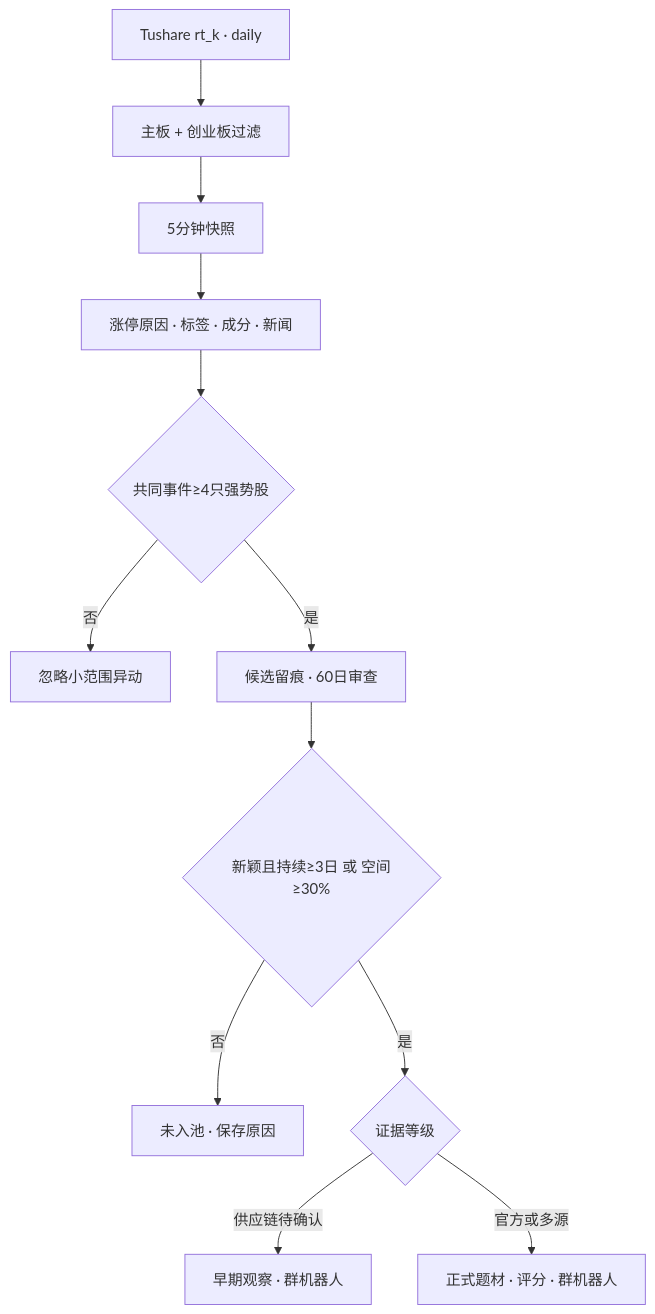
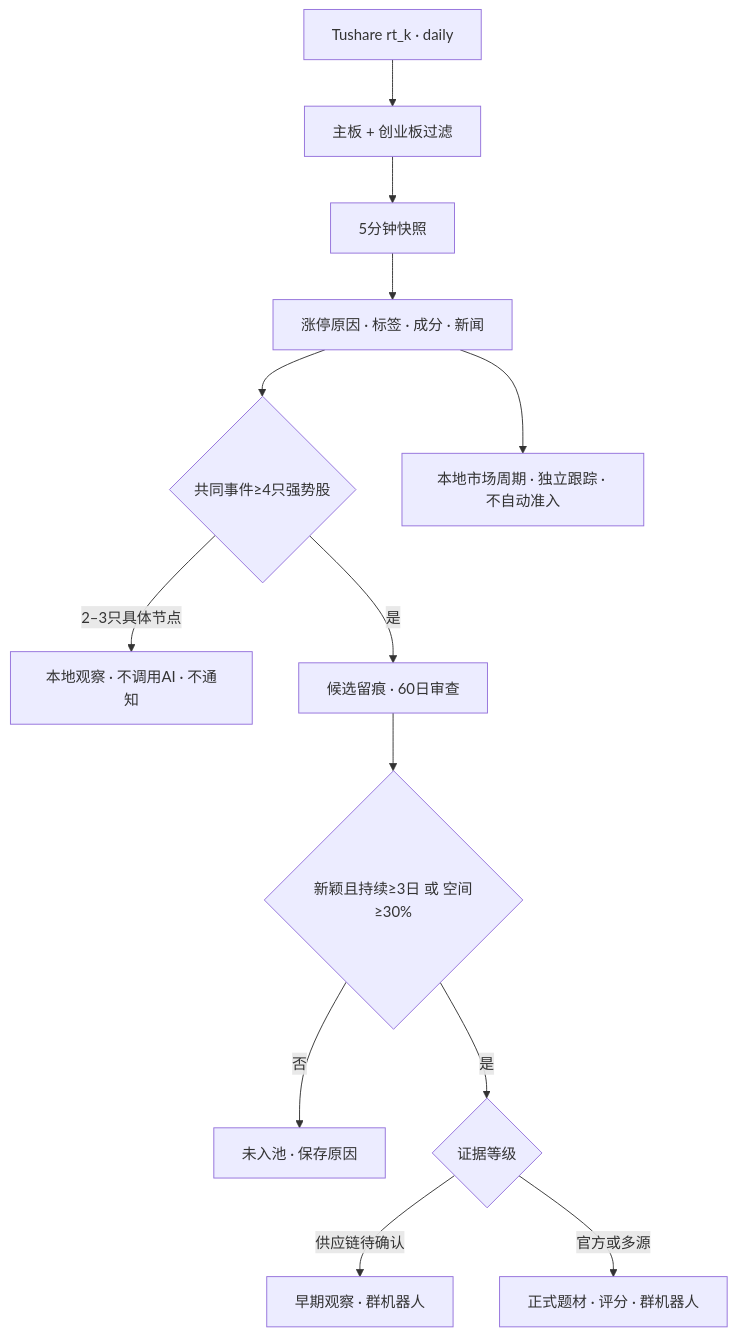
One commit to Chris958/stocktopic changed the diagram in README.md. Above: the diagram before and after it, drawn with Mermaid. The commit also changed other lines of this file and 25 other files, not shown here.

````diff
--- a/README.md
+++ b/README.md
@@ -37,14 +39,15 @@
 ```mermaid
 flowchart TD
     A["Tushare rt_k · daily"] --> B["主板 + 创业板过滤"]
     B --> C["5分钟快照"]
     C --> D["涨停原因 · 标签 · 成分 · 新闻"]
     D --> E{"共同事件≥4只强势股"}
-    E -->|否| F["忽略小范围异动"]
+    E -->|2–3只具体节点| F["本地观察 · 不调用AI · 不通知"]
     E -->|是| G["候选留痕 · 60日审查"]
     G --> H{"新颖且持续≥3日 或 空间≥30%"}
     H -->|否| I["未入池 · 保存原因"]
     H -->|是| J{"证据等级"}
     J -->|供应链待确认| K["早期观察 · 群机器人"]
     J -->|官方或多源| L["正式题材 · 评分 · 群机器人"]
+    D --> M["本地市场周期 · 独立跟踪 · 不自动准入"]
 ```
````
